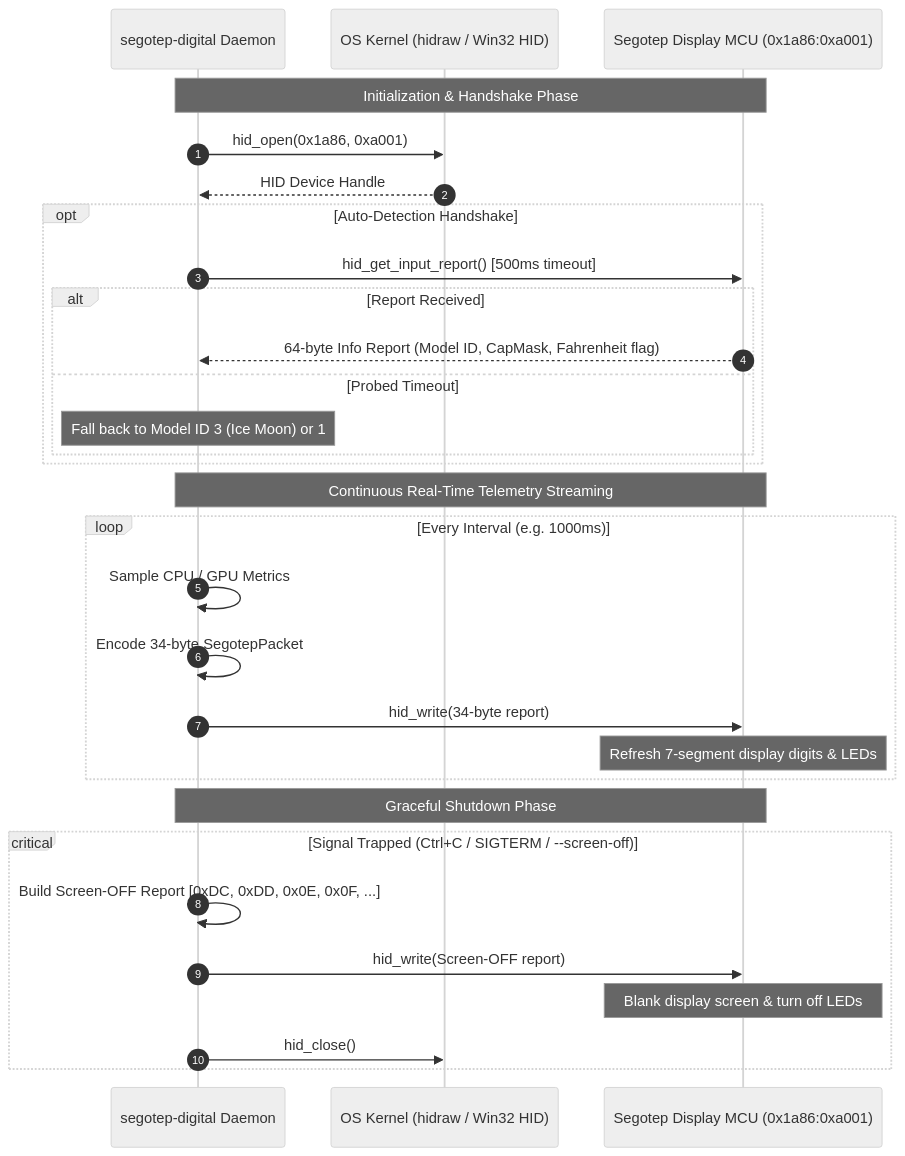
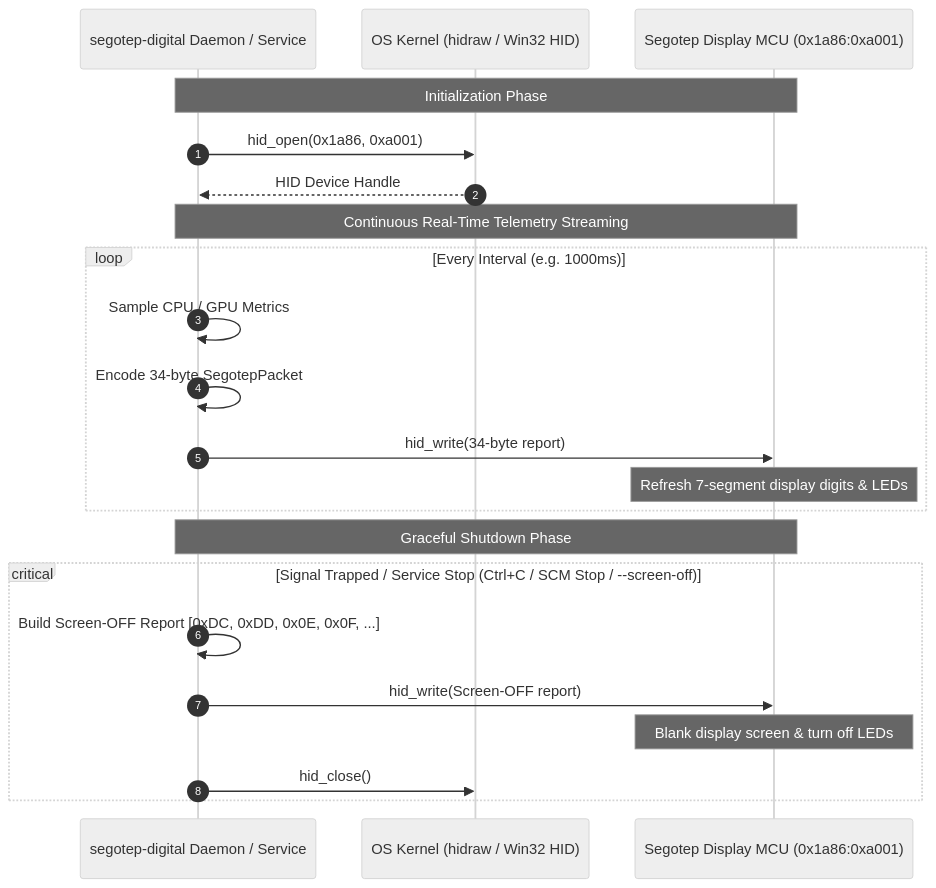
Before and after one commit to Delnegend/segotep-digital: the third of 5 diagrams in ARCHITECTURE.md, drawn with Mermaid (neutral theme). The commit also changed other lines of this file and 1 other file, not shown here.

First line of the commit message:
docs: update README and architecture design for standalone service and PawnIO

````diff
--- a/ARCHITECTURE.md
+++ b/ARCHITECTURE.md
@@ -83,36 +83,27 @@
 ```mermaid
 sequenceDiagram
     autonumber
-    participant App as segotep-digital Daemon
+    participant App as segotep-digital Daemon / Service
     participant OS as OS Kernel (hidraw / Win32 HID)
     participant MCU as Segotep Display MCU (0x1a86:0xa001)
 
-    Note over App,MCU: Initialization & Handshake Phase
+    Note over App,MCU: Initialization Phase
     App->>OS: hid_open(0x1a86, 0xa001)
     OS-->>App: HID Device Handle
-
-    opt Auto-Detection Handshake
-        App->>MCU: hid_get_input_report() [500ms timeout]
-        alt Report Received
-            MCU-->>App: 64-byte Info Report (Model ID, CapMask, Fahrenheit flag)
-        else Probed Timeout
-            Note over App: Fall back to Model ID 3 (Ice Moon) or 1
-        end
-    end
 
     Note over App,MCU: Continuous Real-Time Telemetry Streaming
     loop Every Interval (e.g. 1000ms)
         App->>App: Sample CPU / GPU Metrics
         App->>App: Encode 34-byte SegotepPacket
         App->>MCU: hid_write(34-byte report)
         Note over MCU: Refresh 7-segment display digits & LEDs
     end
 
     Note over App,MCU: Graceful Shutdown Phase
-    critical Signal Trapped (Ctrl+C / SIGTERM / --screen-off)
+    critical Signal Trapped / Service Stop (Ctrl+C / SCM Stop / --screen-off)
         App->>App: Build Screen-OFF Report [0xDC, 0xDD, 0x0E, 0x0F, ...]
         App->>MCU: hid_write(Screen-OFF report)
         Note over MCU: Blank display screen & turn off LEDs
         App->>OS: hid_close()
     end
 ```
````
